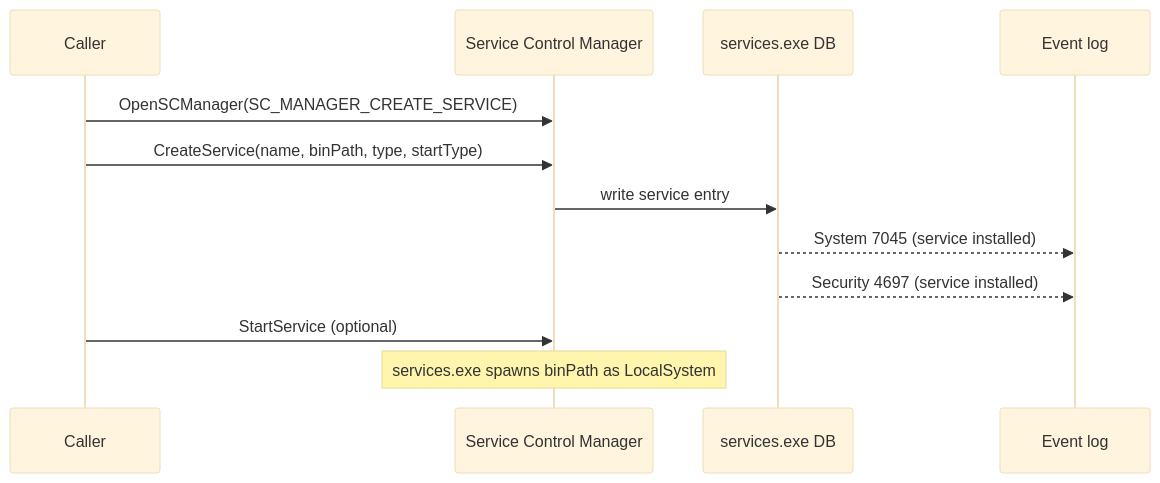
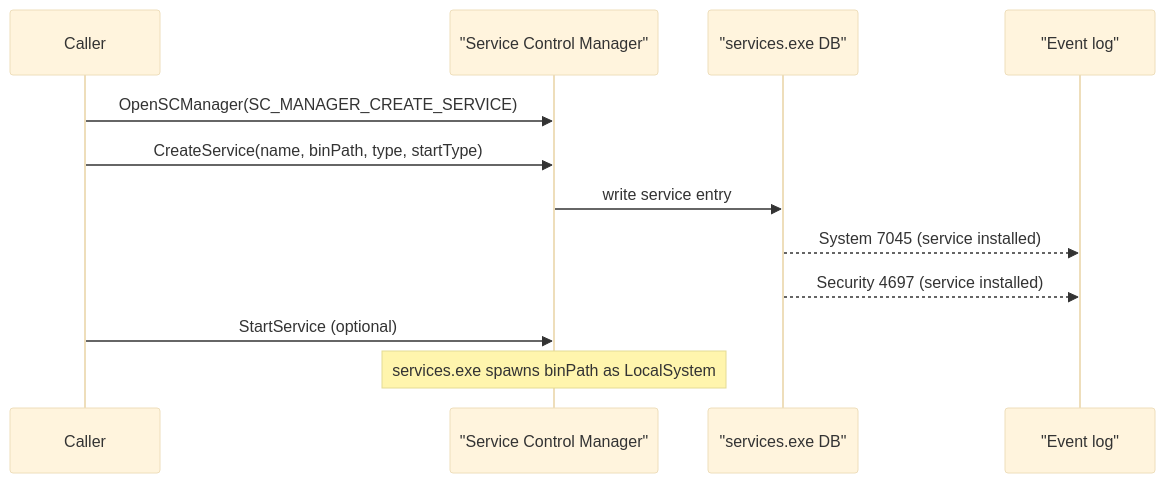
Before and after one commit to oioio-space/maldev: the diagram in docs/techniques/persistence/service.md, drawn with Mermaid (base theme). The commit also changed 52 other files, not shown here.

First line of the commit message:
fix(docs): quote multi-word Mermaid participant aliases — 11.2.0 strict-mode sweep

````diff
--- a/docs/techniques/persistence/service.md
+++ b/docs/techniques/persistence/service.md
@@ -40,15 +40,15 @@
 ```mermaid
 sequenceDiagram
     participant Caller
-    participant SCM as Service Control Manager
-    participant DB as services.exe DB
-    participant Audit as Event log
+    participant SCM as "Service Control Manager"
+    participant DB as "services.exe DB"
+    participant Audit as "Event log"
 
     Caller->>SCM: OpenSCManager(SC_MANAGER_CREATE_SERVICE)
     Caller->>SCM: CreateService(name, binPath, type, startType)
     SCM->>DB: write service entry
     DB-->>Audit: System 7045 (service installed)
     DB-->>Audit: Security 4697 (service installed)
     Caller->>SCM: StartService (optional)
     Note over SCM: services.exe spawns binPath as LocalSystem
 ```
````
